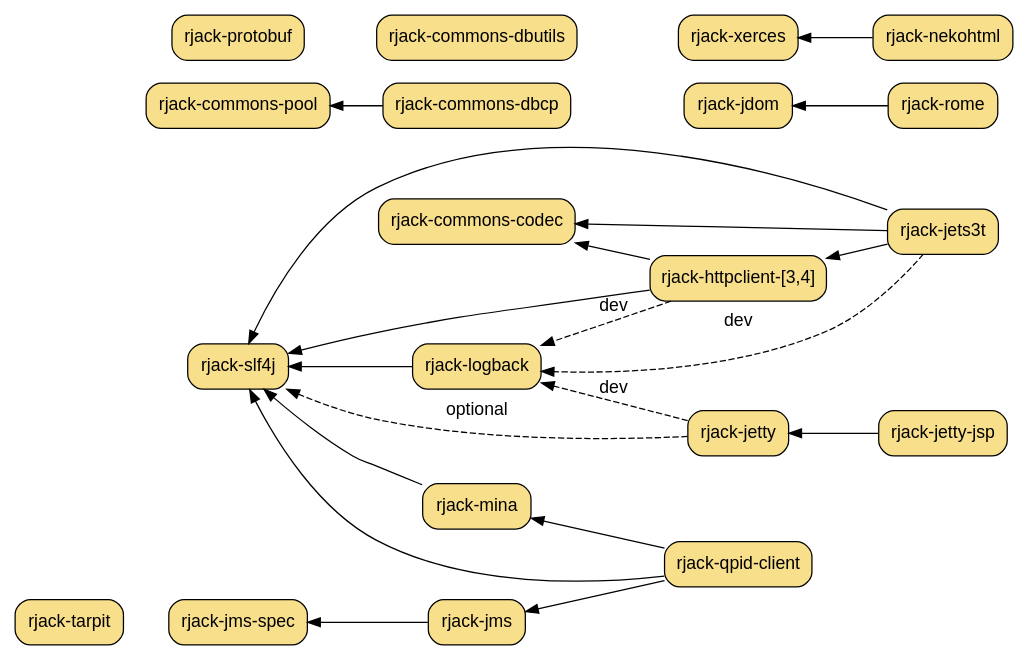
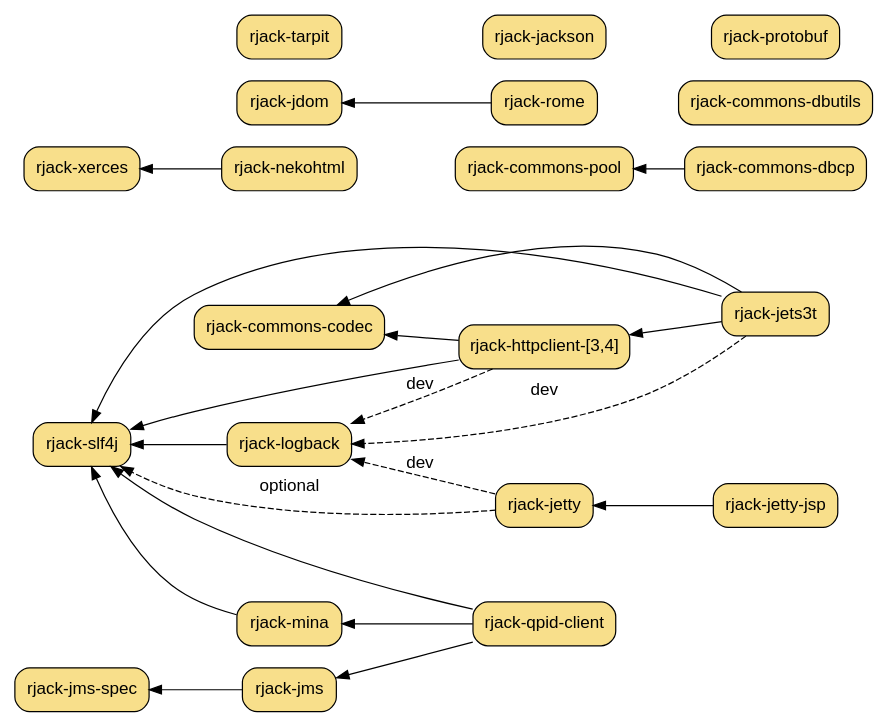
One commit to dekellum/rjack changed the diagram in www/rjack.dot. Above: the diagram before and after it, drawn with Graphviz. The commit also changed 1 other file, not shown here.

Commit message:
www: Add jackson, misc cleanup, layout improvements.

```diff
--- a/www/rjack.dot
+++ b/www/rjack.dot
@@ -1,82 +1,70 @@
 digraph "RJack Gem Dependency Graph" {
   bgcolor="transparent";
   rankdir=RL;
-  size="7.0,8.0";
+  size="6.0,6.0";
   node [ shape=box, style="filled,rounded", fillcolor="#f8df8b",
          fontname="Arial", margin="0.15,0.1" ];
   edge [ fontname="Arial" ];
 
-  "rjack-jets3t" -> "rjack-httpclient";
-  "rjack-jets3t" -> "rjack-commons-codec";
-  "rjack-jets3t" -> "rjack-slf4j";
-  "rjack-jets3t" -> "rjack-logback" [ style=dashed, label="dev" ];
+  "rjack-jets3t"        [ target=_parent, URL="jets3t/" ];
+  "rjack-nekohtml"      [ target=_parent, URL="nekohtml/", group=ml ];
+  "rjack-rome"          [ target=_parent, URL="rome/", group=ml ];
+  "rjack-jdom"          [ target=_parent, URL="jdom/", group=ml ];
+  "rjack-xerces"        [ target=_parent, URL="xerces/", group=ml ];
 
-  subgraph u {
-    rank=same
-    "rjack-rome"   [ target=_parent, URL="rome/" ];
-    "rjack-jets3t" [ target=_parent, URL="jets3t/" ];
-    "rjack-nekohtml" [ target=_parent, URL="nekohtml/" ];
-  }
+  "rjack-httpclient"    [ target=_parent, URL="httpclient-3/",
+                          shape=record, label="rjack-httpclient-[3,4]" ];
 
-  subgraph l {
-    rank=same
-    "rjack-jdom"     [ target=_parent, URL="jdom/" ];
-    "rjack-xerces"   [ target=_parent, URL="xerces/" ];
-  }
+  "rjack-jetty"         [ target=_parent, URL="jetty/" ];
+  "rjack-jetty-jsp"     [ target=_parent, URL="jetty-jsp/" ];
 
-  "rjack-rome" -> "rjack-jdom"
-
-  "rjack-nekohtml" -> "rjack-xerces"
-
-  "rjack-httpclient" [ target=_parent, URL="httpclient-3/",
-                       shape=record, label="rjack-httpclient-[3,4]" ];
-
-  "rjack-httpclient" -> "rjack-commons-codec";
-  "rjack-httpclient" -> "rjack-logback" [ style=dashed, label="dev" ];
-  "rjack-httpclient" -> "rjack-slf4j";
-
-  "rjack-jetty"     [ target=_parent, URL="jetty/" ];
-  "rjack-jetty-jsp" [ target=_parent, URL="jetty-jsp/" ];
-  "rjack-jetty-jsp" -> "rjack-jetty";
-
-  "rjack-jetty" -> "rjack-logback" [ style=dashed, label="dev" ];
-  "rjack-jetty" -> "rjack-slf4j"   [ style=dashed, label="optional" ];
-
-  "rjack-slf4j"   [ target=_parent, URL="slf4j/", group=log ];
-  "rjack-logback" [ target=_parent, URL="logback/", group=log ];
-
-  "rjack-logback" -> "rjack-slf4j";
+  "rjack-slf4j"         [ target=_parent, URL="slf4j/", group=log ];
+  "rjack-logback"       [ target=_parent, URL="logback/", group=log ];
 
   "rjack-commons-codec" [ target=_parent, URL="commons-codec/", group=commons ];
 
-  "rjack-jms-spec"    [ target=_parent, URL="jms-spec/", group=net ];
-  "rjack-jms"         [ target=_parent, URL="jms/", group=net ];
-  "rjack-mina"        [ target=_parent, URL="mina/", group=net ];
-  "rjack-qpid-client" [ target=_parent, URL="qpid-client/", group=net ];
+  "rjack-jms-spec"      [ target=_parent, URL="jms-spec/", group=net ];
+  "rjack-jms"           [ target=_parent, URL="jms/", group=net ];
+  "rjack-mina"          [ target=_parent, URL="mina/", group=net ];
+  "rjack-qpid-client"   [ target=_parent, URL="qpid-client/", group=net ];
 
-  "rjack-jms" -> "rjack-jms-spec";
-  "rjack-mina" -> "rjack-slf4j";
-  "rjack-qpid-client" -> "rjack-mina";
-  "rjack-qpid-client" -> "rjack-jms";
-  "rjack-qpid-client" -> "rjack-slf4j";
+  "rjack-commons-dbcp"  [ target=_parent, URL="commons-dbcp/", group=commons ];
+  "rjack-commons-dbutils" [ target=_parent, URL="commons-dbutils/", group=commons ];
 
-  subgraph d {
-    rank=same
-    "rjack-commons-dbcp"    [ target=_parent, URL="commons-dbcp/", group=commons ];
-    "rjack-commons-dbutils" [ target=_parent, URL="commons-dbutils/", group=commons ];
-  }
+  "rjack-commons-pool"  [ target=_parent, URL="commons-pool/", group=commons ];
+  "rjack-protobuf"      [ target=_parent, URL="protobuf/" ];
 
-  subgraph e {
-    rank=same
-    "rjack-commons-pool"    [ target=_parent, URL="commons-pool/", group=commons ];
-    "rjack-protobuf"        [ target=_parent, URL="protobuf/" ];
-  }
+  "rjack-tarpit"        [ target=_parent, URL="tarpit/" ];
+  "rjack-jackson"       [ target=_parent, URL="jackson/" ];
+
+  "rjack-jets3t"       -> "rjack-logback" [ style=dashed, label="dev" ];
+  "rjack-jets3t"       -> "rjack-httpclient";
+  "rjack-jets3t"       -> "rjack-commons-codec";
+  "rjack-jets3t"       -> "rjack-slf4j";
+  "rjack-rome"         -> "rjack-jdom"
+  "rjack-nekohtml"     -> "rjack-xerces"
+
+  "rjack-httpclient"   -> "rjack-commons-codec";
+  "rjack-httpclient"   -> "rjack-logback" [ style=dashed, label="dev" ];
+  "rjack-httpclient"   -> "rjack-slf4j";
+
+  "rjack-jetty-jsp"    -> "rjack-jetty";
+  "rjack-jetty"        -> "rjack-logback" [ style=dashed, label="dev" ];
+  "rjack-jetty"        -> "rjack-slf4j"   [ style=dashed, label="optional" ];
+
+  "rjack-logback"      -> "rjack-slf4j";
+
+  "rjack-jms"          -> "rjack-jms-spec";
+  "rjack-mina"         -> "rjack-slf4j";
+  "rjack-qpid-client"  -> "rjack-mina";
+  "rjack-qpid-client"  -> "rjack-jms";
+  "rjack-qpid-client"  -> "rjack-slf4j";
 
   "rjack-commons-dbcp" -> "rjack-commons-pool";
 
-  subgraph t {
-    rank=sink
-    "rjack-tarpit"          [ target=_parent, URL="tarpit/" ];
-  }
-
+# for fitting only
+  "rjack-jackson"         -> "rjack-tarpit"   [ style=invis ];
+  "rjack-protobuf"        -> "rjack-jackson"  [ style=invis ];
+  "rjack-commons-pool"    -> "rjack-nekohtml" [ style=invis ];
+  "rjack-commons-dbutils" -> "rjack-rome"     [ style=invis ];
 }
```
